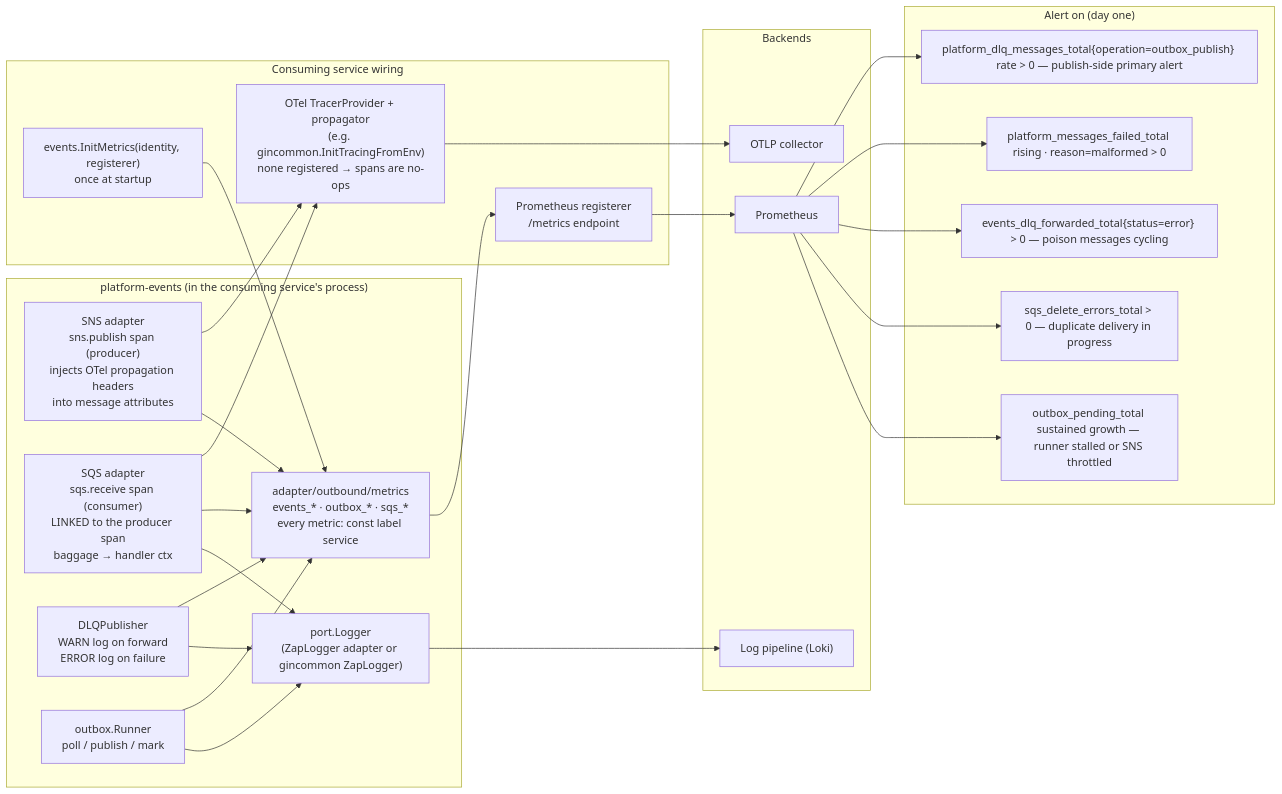
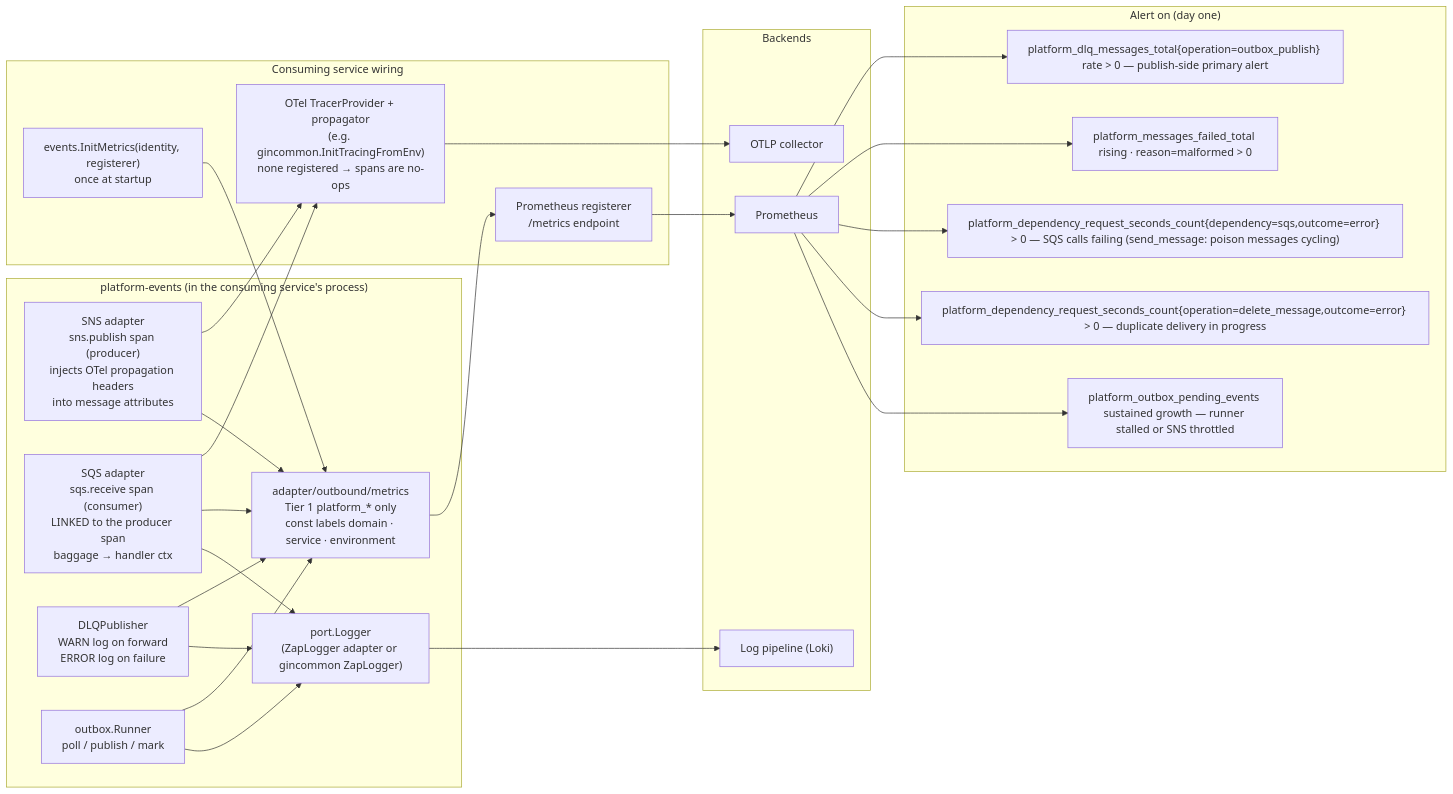
The diagram in docs/architecture/mermaid/observability-stack.mmd (BCBP-SOLUTIONS-FZC-LLC/platform-events), drawn with Mermaid before and after one commit. The commit also changed 59 other files, not shown here.

First line of the commit message:
feat!: emit only Tier 1 platform_* metrics (remove legacy names) (#15)

```diff
--- a/docs/architecture/mermaid/observability-stack.mmd
+++ b/docs/architecture/mermaid/observability-stack.mmd
@@ -1,44 +1,44 @@
 flowchart LR
     subgraph lib["platform-events (in the consuming service's process)"]
         pub["SNS adapter\nsns.publish span (producer)\ninjects OTel propagation headers\ninto message attributes"]
         con["SQS adapter\nsqs.receive span (consumer)\nLINKED to the producer span\nbaggage → handler ctx"]
         dlq["DLQPublisher\nWARN log on forward\nERROR log on failure"]
         run["outbox.Runner\npoll / publish / mark"]
-        m["adapter/outbound/metrics\nevents_* · outbox_* · sqs_*\nevery metric: const label service"]
+        m["adapter/outbound/metrics\nTier 1 platform_* only\nconst labels domain · service · environment"]
         lg["port.Logger\n(ZapLogger adapter or gincommon ZapLogger)"]
     end
 
     subgraph svc["Consuming service wiring"]
         init["events.InitMetrics(identity, registerer)\nonce at startup"]
         otel["OTel TracerProvider + propagator\n(e.g. gincommon.InitTracingFromEnv)\nnone registered → spans are no-ops"]
         reg["Prometheus registerer\n/metrics endpoint"]
     end
 
     subgraph backends["Backends"]
         prom["Prometheus"]
         coll["OTLP collector"]
         logs["Log pipeline (Loki)"]
     end
 
     init --> m
     m --> reg --> prom
     pub --> otel
     con --> otel
     otel --> coll
     pub --> m
     con --> m
     run --> m
     dlq --> m
     con --> lg
     run --> lg
     dlq --> lg
     lg --> logs
 
     subgraph alerts["Alert on (day one)"]
         a1["platform_dlq_messages_total{operation=outbox_publish} rate > 0 — publish-side primary alert"]
         a2["platform_messages_failed_total rising · reason=malformed > 0"]
-        a3["events_dlq_forwarded_total{status=error} > 0 — poison messages cycling"]
-        a4["sqs_delete_errors_total > 0 — duplicate delivery in progress"]
-        a5["outbox_pending_total sustained growth — runner stalled or SNS throttled"]
+        a3["platform_dependency_request_seconds_count{dependency=sqs,outcome=error} > 0 — SQS calls failing (send_message: poison messages cycling)"]
+        a4["platform_dependency_request_seconds_count{operation=delete_message,outcome=error} > 0 — duplicate delivery in progress"]
+        a5["platform_outbox_pending_events sustained growth — runner stalled or SNS throttled"]
     end
     prom --> a1 & a2 & a3 & a4 & a5
```
